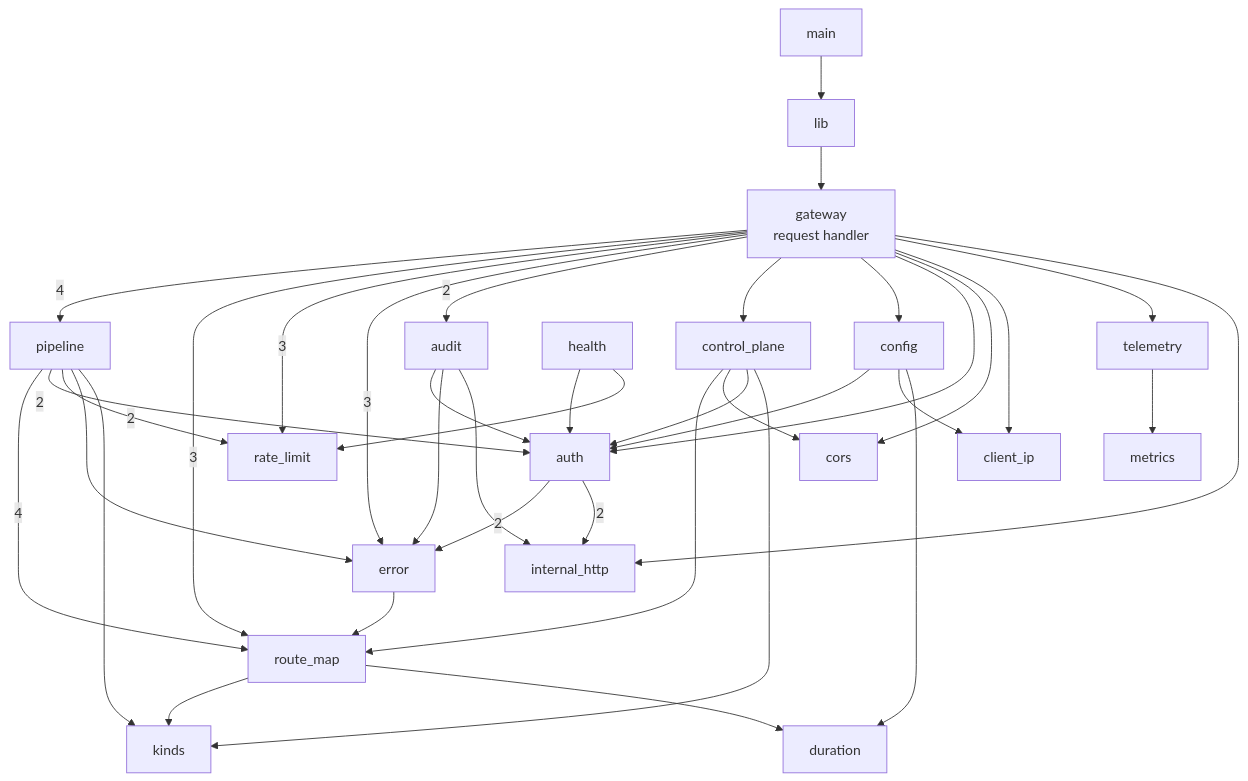
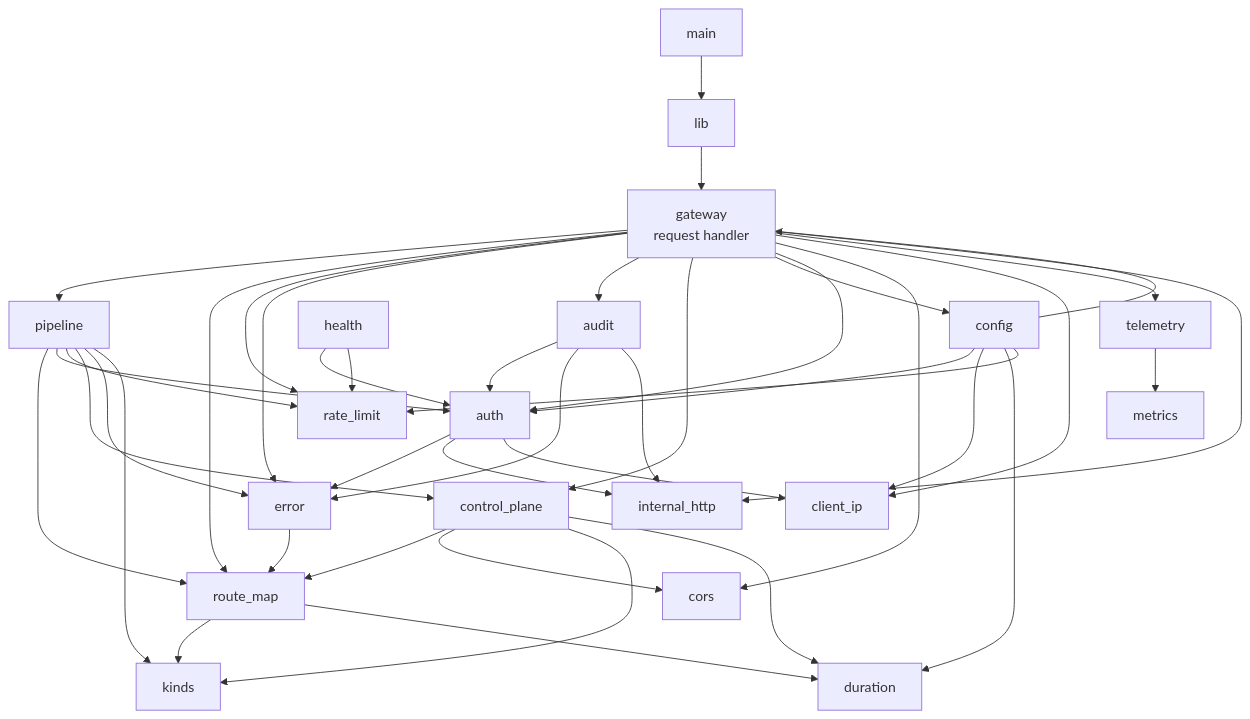
The second of 5 diagrams in docs/internals/module-map.md (plat5dev/plat5), drawn with Mermaid before and after one commit. The commit also changed other lines of this file and 1 other file, not shown here.

Commit message:
docs: record standalone service boundary and refresh module map

````diff
--- a/docs/internals/module-map.md
+++ b/docs/internals/module-map.md
@@ -27,39 +27,14 @@
 ```mermaid
 flowchart TD
   main --> lib --> gw[gateway<br/>request handler]
-  gw -->|4| pipeline
-  gw -->|3| route_map
-  gw -->|3| rate_limit
-  gw -->|3| error
-  gw -->|2| audit
-  gw --> control_plane
-  gw --> config
-  gw --> auth
-  gw --> cors
-  gw --> client_ip
-  gw --> telemetry
-  gw --> internal_http
-  pipeline -->|4| route_map
-  pipeline -->|2| auth
-  pipeline -->|2| rate_limit
-  pipeline --> error
-  pipeline --> kinds
-  route_map --> kinds
-  route_map --> duration
+  gw --> pipeline & route_map & rate_limit & error & audit & control_plane & config & auth & cors & client_ip & telemetry & internal_http
+  pipeline --> route_map & auth & rate_limit & control_plane & error & kinds
+  route_map --> kinds & duration
   error --> route_map
-  auth -->|2| error
-  auth -->|2| internal_http
-  audit --> auth
-  audit --> error
-  audit --> internal_http
-  control_plane --> route_map
-  control_plane --> cors
-  control_plane --> auth
-  control_plane --> kinds
-  config --> auth
-  config --> client_ip
-  config --> duration
-  health --> auth
-  health --> rate_limit
+  auth --> error & internal_http & client_ip
+  audit --> auth & error & internal_http
+  control_plane --> route_map & cors & kinds & duration
+  config --> auth & client_ip & duration & rate_limit & gw
+  health --> auth & rate_limit
   telemetry --> metrics
 ```
````
